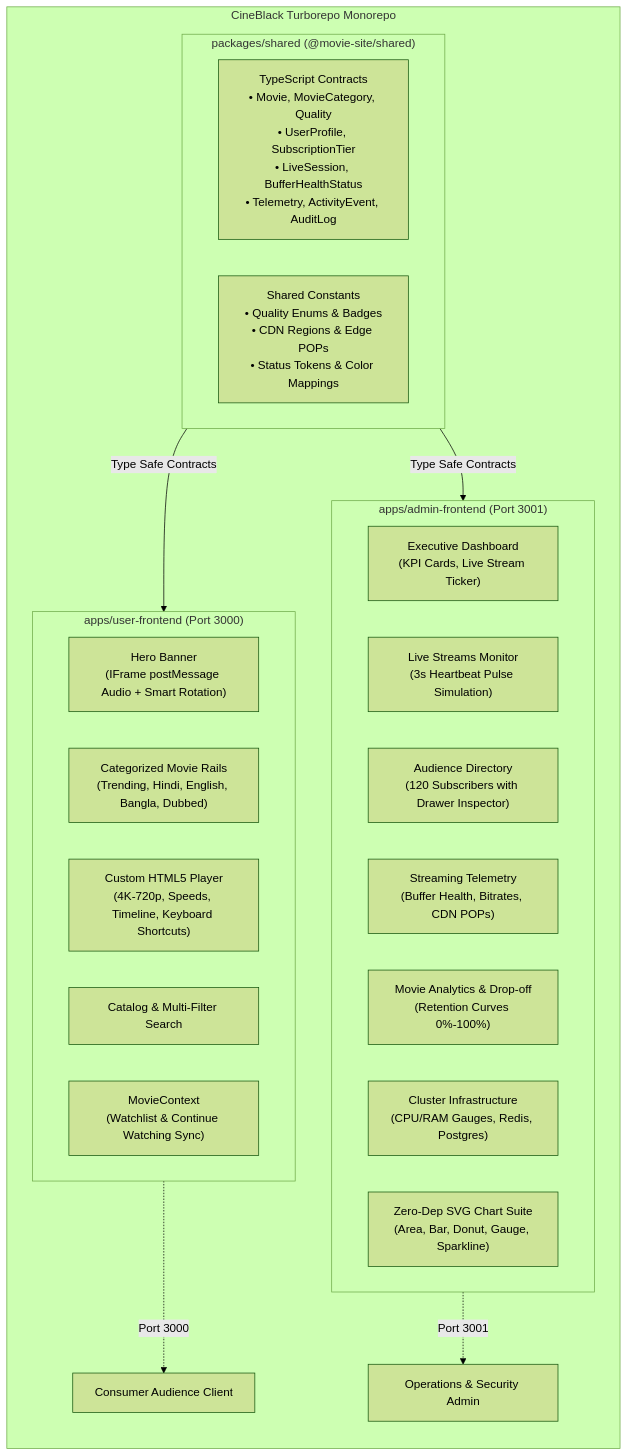
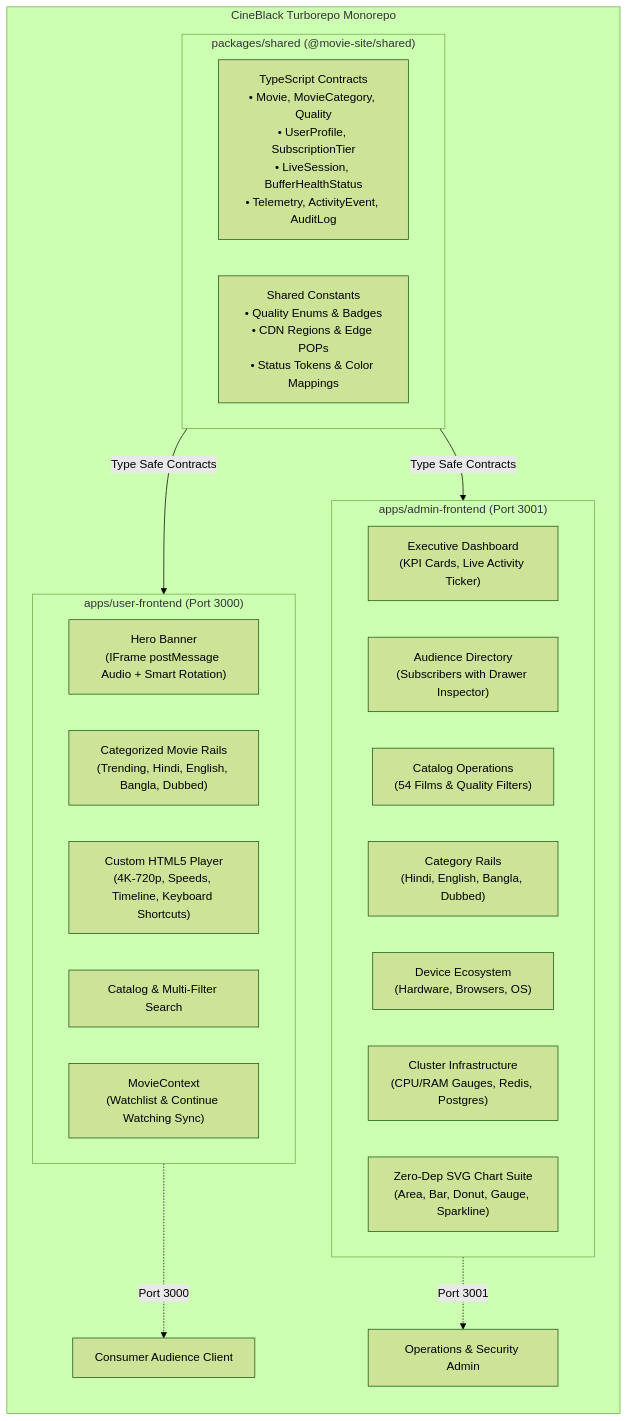
Before and after one commit to SOUROVSARKERTEC12/movie-site: the diagram in README.md, drawn with Mermaid (forest theme). The commit also changed other lines of this file and 27 other files, not shown here.

````diff
--- a/README.md
+++ b/README.md
@@ -128,35 +128,35 @@
 ```mermaid
 graph TD
     subgraph Monorepo ["CineBlack Turborepo Monorepo"]
         direction TB
 
         subgraph SharedPkg ["packages/shared (@movie-site/shared)"]
             Types["TypeScript Contracts<br/>• Movie, MovieCategory, Quality<br/>• UserProfile, SubscriptionTier<br/>• LiveSession, BufferHealthStatus<br/>• Telemetry, ActivityEvent, AuditLog"]
             Constants["Shared Constants<br/>• Quality Enums & Badges<br/>• CDN Regions & Edge POPs<br/>• Status Tokens & Color Mappings"]
         end
 
         subgraph UserApp ["apps/user-frontend (Port 3000)"]
             Hero["Hero Banner<br/>(IFrame postMessage Audio + Smart Rotation)"]
             Rails["Categorized Movie Rails<br/>(Trending, Hindi, English, Bangla, Dubbed)"]
             Player["Custom HTML5 Player<br/>(4K-720p, Speeds, Timeline, Keyboard Shortcuts)"]
             Catalog["Catalog & Multi-Filter Search"]
             UserContext["MovieContext<br/>(Watchlist & Continue Watching Sync)"]
         end
 
         subgraph AdminApp ["apps/admin-frontend (Port 3001)"]
-            Dashboard["Executive Dashboard<br/>(KPI Cards, Live Stream Ticker)"]
-            LiveSessions["Live Streams Monitor<br/>(3s Heartbeat Pulse Simulation)"]
-            UserDirectory["Audience Directory<br/>(120 Subscribers with Drawer Inspector)"]
-            Telemetry["Streaming Telemetry<br/>(Buffer Health, Bitrates, CDN POPs)"]
-            Analytics["Movie Analytics & Drop-off<br/>(Retention Curves 0%-100%)"]
+            Dashboard["Executive Dashboard<br/>(KPI Cards, Live Activity Ticker)"]
+            UserDirectory["Audience Directory<br/>(Subscribers with Drawer Inspector)"]
+            CatalogOps["Catalog Operations<br/>(54 Films & Quality Filters)"]
+            CategoryRails["Category Rails<br/>(Hindi, English, Bangla, Dubbed)"]
+            DeviceAnalytics["Device Ecosystem<br/>(Hardware, Browsers, OS)"]
             SystemHealth["Cluster Infrastructure<br/>(CPU/RAM Gauges, Redis, Postgres)"]
             Charts["Zero-Dep SVG Chart Suite<br/>(Area, Bar, Donut, Gauge, Sparkline)"]
         end
 
         SharedPkg -->|Type Safe Contracts| UserApp
         SharedPkg -->|Type Safe Contracts| AdminApp
 
         UserApp -.->|Port 3000| ClientConsumer["Consumer Audience Client"]
         AdminApp -.->|Port 3001| ClientAdmin["Operations & Security Admin"]
     end
 ```
````
